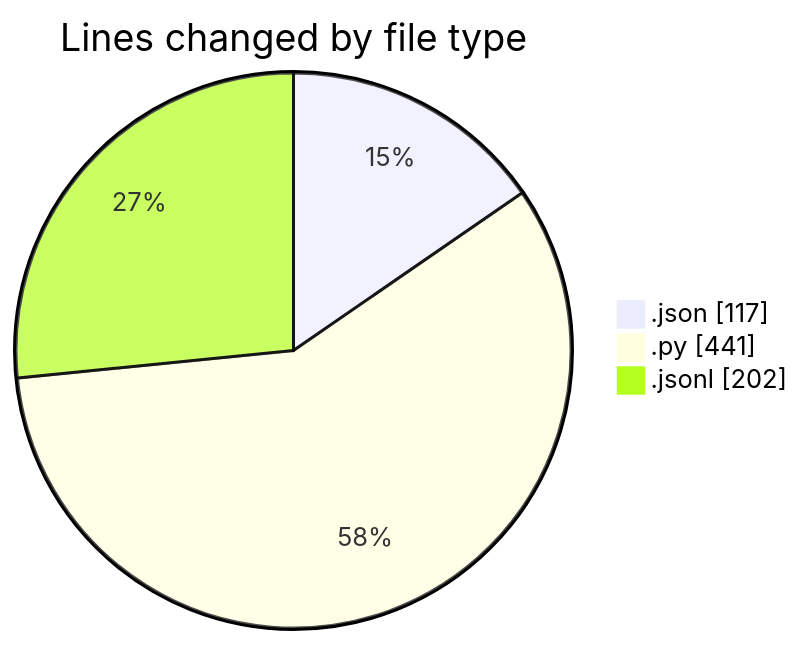
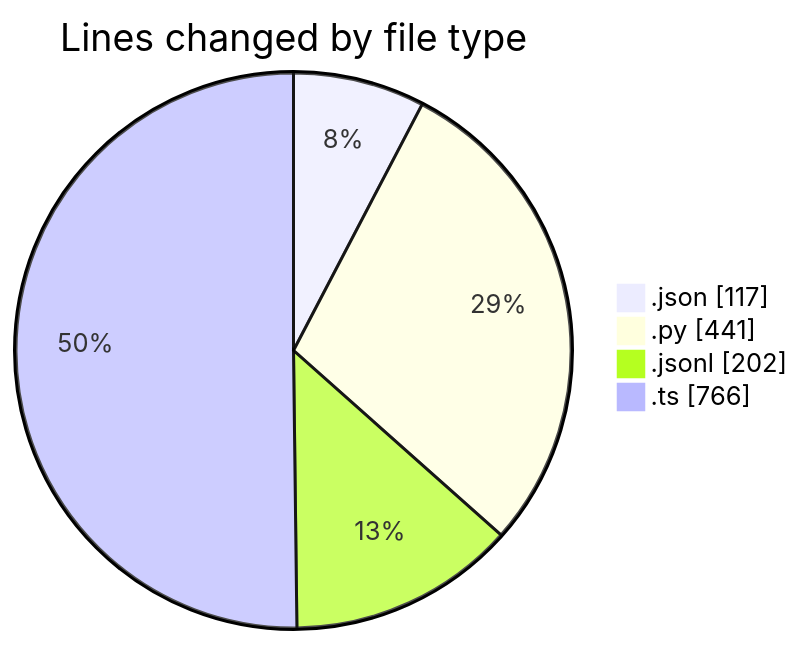
One commit to EIIisD/code-tracking changed the first of 2 diagrams in 2025-08-23/_claude/README.md. Above: the diagram before and after it, drawn with Mermaid. The commit also changed other lines of this file and 1 other file, not shown here.

````diff
--- a/2025-08-23/_claude/README.md
+++ b/2025-08-23/_claude/README.md
@@ -22,7 +23,8 @@
 ```mermaid
 pie showData
 title Lines changed by file type
 ".json" : 117
 ".py" : 441
 ".jsonl" : 202
+".ts" : 766
 ```
````
